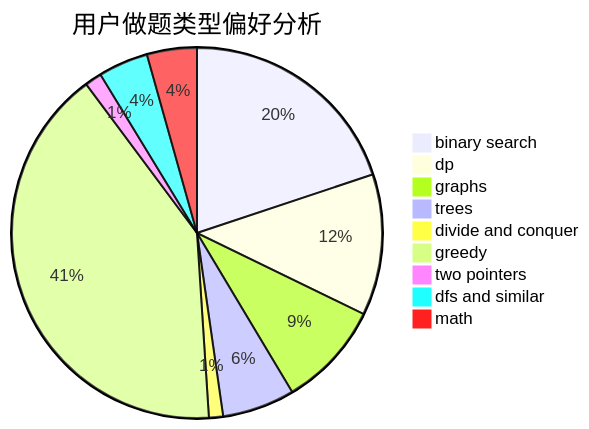
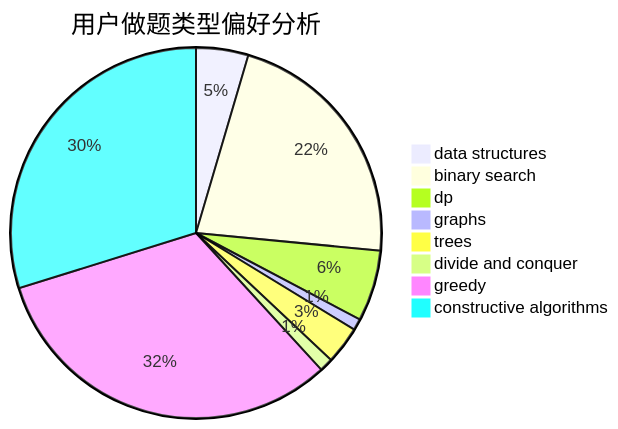
Before and after one commit to sherpahu/cfrs.github.io: the second of 3 diagrams in docs/user/u2512.md, drawn with Mermaid. The commit also changed other lines of this file and 2775 other files, not shown here.

````diff
--- a/docs/user/u2512.md
+++ b/docs/user/u2512.md
@@ -23,12 +23,11 @@
 ```mermaid
 pie title 用户做题类型偏好分析
-    "binary search" :  242
-    "dp" :  150
-    "graphs" :  112
-    "trees" :  77
-    "divide and conquer" :  15
-    "greedy" :  497
-    "two pointers" :  18
-    "dfs and similar" :  53
-    "math" :  53
+    "data structures" :  50
+    "binary search" :  241
+    "dp" :  68
+    "graphs" :  11
+    "trees" :  36
+    "divide and conquer" :  13
+    "greedy" :  351
+    "constructive algorithms" :  327
 ```
````
